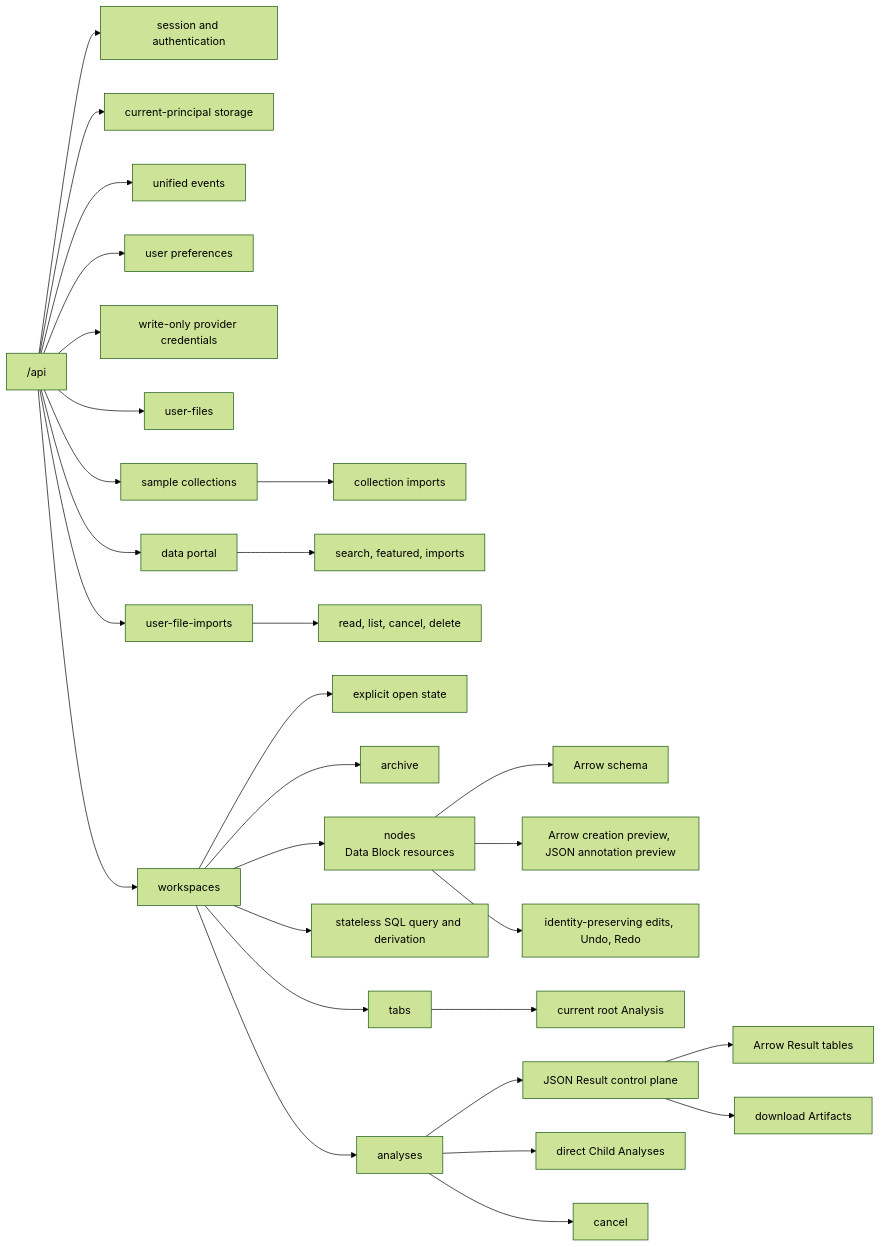
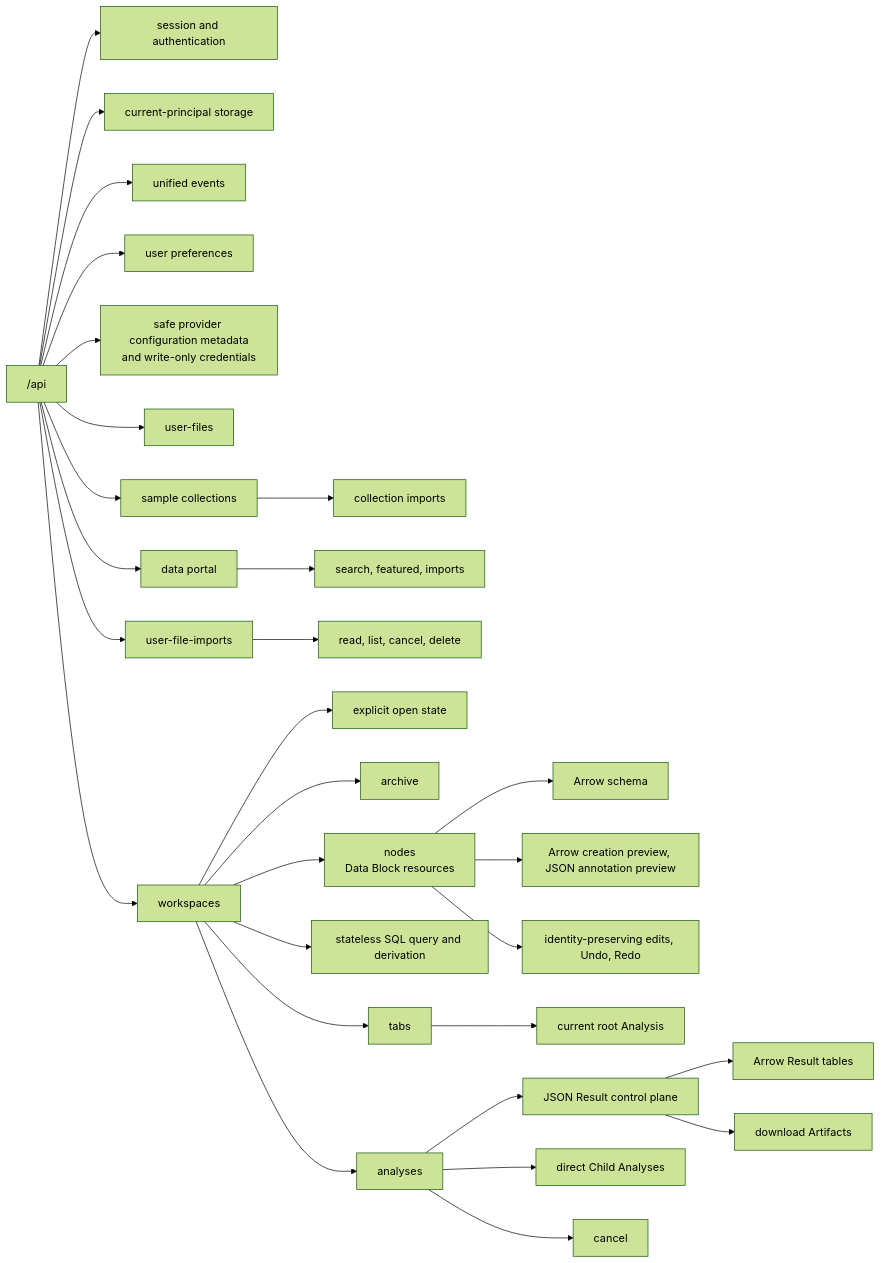
Before and after one commit to Australian-Text-Analytics-Platform/ldaca_web_app: the diagram in docs/architecture/backend/http-api.md, drawn with Mermaid (forest theme). The commit also changed other lines of this file and 20 other files, not shown here.

Commit message:
docs: record provider configuration ownership

````diff
--- a/docs/architecture/backend/http-api.md
+++ b/docs/architecture/backend/http-api.md
@@ -15,35 +15,35 @@
 ```mermaid
 flowchart LR
     API["/api"] --> SESSION["session and authentication"]
     API --> STORAGE["current-principal storage"]
     API --> EVENTS["unified events"]
     API --> PREFERENCES["user preferences"]
-    API --> CREDENTIALS["write-only provider credentials"]
+    API --> CREDENTIALS["safe provider configuration metadata<br/>and write-only credentials"]
     API --> FILES["user-files"]
     API --> SAMPLES["sample collections"]
     API --> PORTAL["data portal"]
     API --> IMPORTS["user-file-imports"]
     API --> WORKSPACES["workspaces"]
 
     SAMPLES --> SAMPLE_IMPORT["collection imports"]
     PORTAL --> PORTAL_IMPORT["search, featured, imports"]
     IMPORTS --> IMPORT_CANCEL["read, list, cancel, delete"]
 
     WORKSPACES --> OPEN["explicit open state"]
     WORKSPACES --> ARCHIVE["archive"]
     WORKSPACES --> NODES["nodes<br/>Data Block resources"]
     WORKSPACES --> SQL["stateless SQL query and derivation"]
     WORKSPACES --> TABS["tabs"]
     WORKSPACES --> ANALYSES["analyses"]
 
     NODES --> SCHEMA["Arrow schema"]
     NODES --> PREVIEWS["Arrow creation preview, JSON annotation preview"]
     NODES --> EDITS["identity-preserving edits, Undo, Redo"]
 
     TABS --> CURRENT["current root Analysis"]
     ANALYSES --> RESULT["JSON Result control plane"]
     RESULT --> TABLES["Arrow Result tables"]
     RESULT --> ARTIFACTS["download Artifacts"]
     ANALYSES --> CHILDREN["direct Child Analyses"]
     ANALYSES --> CANCEL["cancel"]
 ```
````
